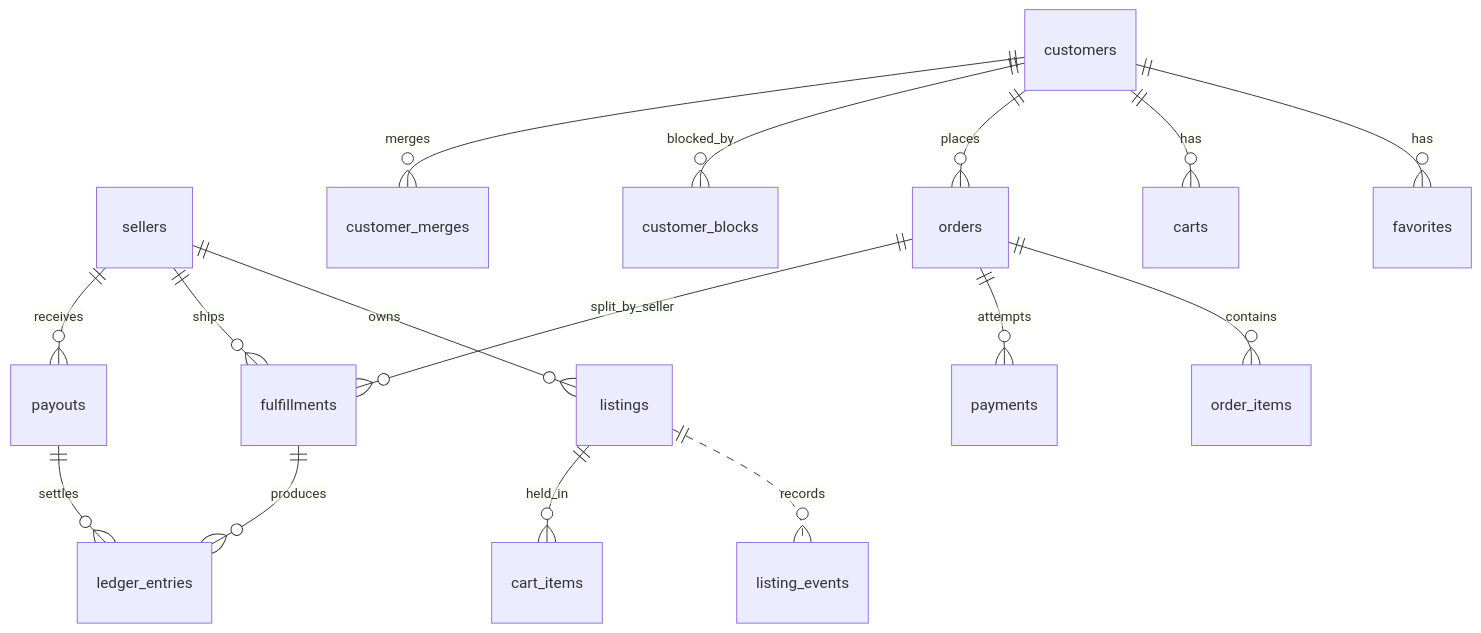
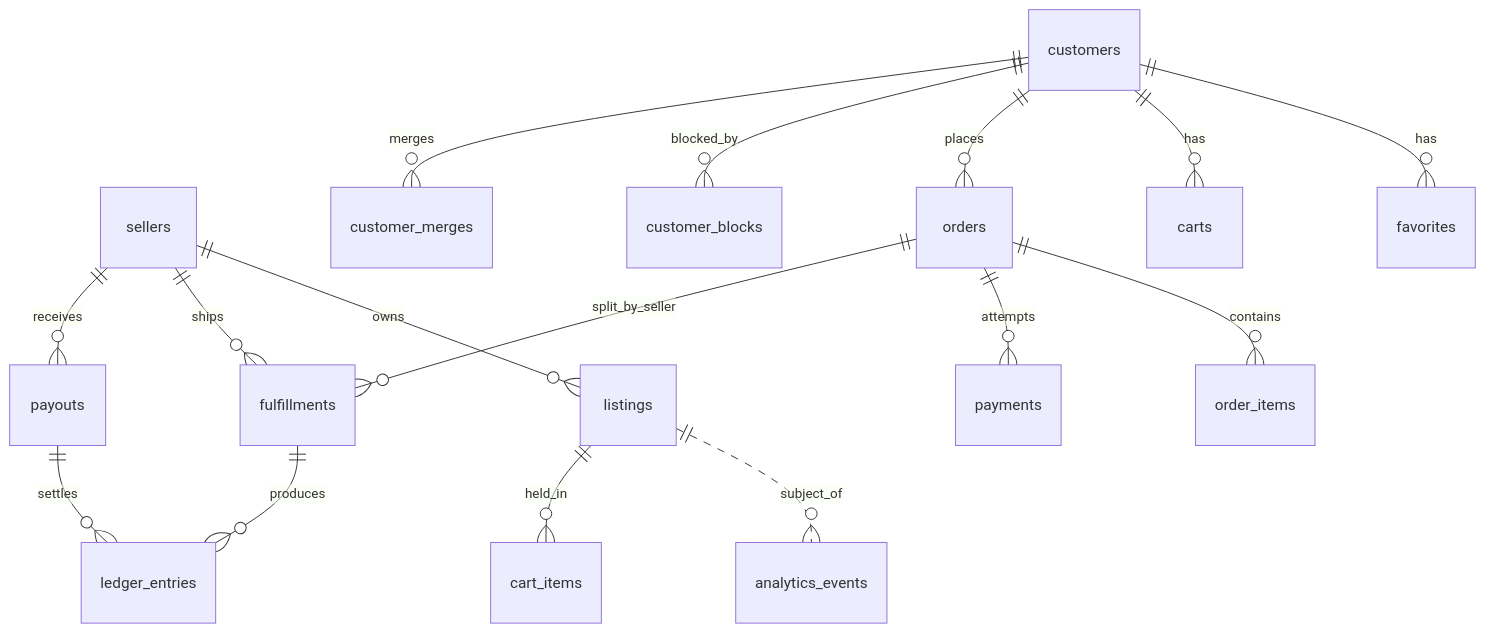
One commit to jonathan-beebe/art-store changed the fourth of 5 diagrams in prototype/php/docs/architecture.md. Above: the diagram before and after it, drawn with Mermaid. The commit also changed other lines of this file and 39 other files, not shown here.

````diff
--- a/prototype/php/docs/architecture.md
+++ b/prototype/php/docs/architecture.md
@@ -466,18 +466,18 @@
 ```mermaid
 erDiagram
     sellers ||--o{ listings : owns
     customers ||--o{ favorites : has
     customers ||--o{ carts : has
     customers ||--o{ orders : places
     customers ||--o{ customer_blocks : blocked_by
-    listings ||..o{ listing_events : records
+    listings ||..o{ analytics_events : subject_of
     listings ||--o{ cart_items : held_in
     orders ||--o{ order_items : contains
     orders ||--o{ payments : attempts
     orders ||--o{ fulfillments : split_by_seller
     sellers ||--o{ fulfillments : ships
     fulfillments ||--o{ ledger_entries : produces
     sellers ||--o{ payouts : receives
     payouts ||--o{ ledger_entries : settles
     customers ||--o{ customer_merges : merges
 ```
````
